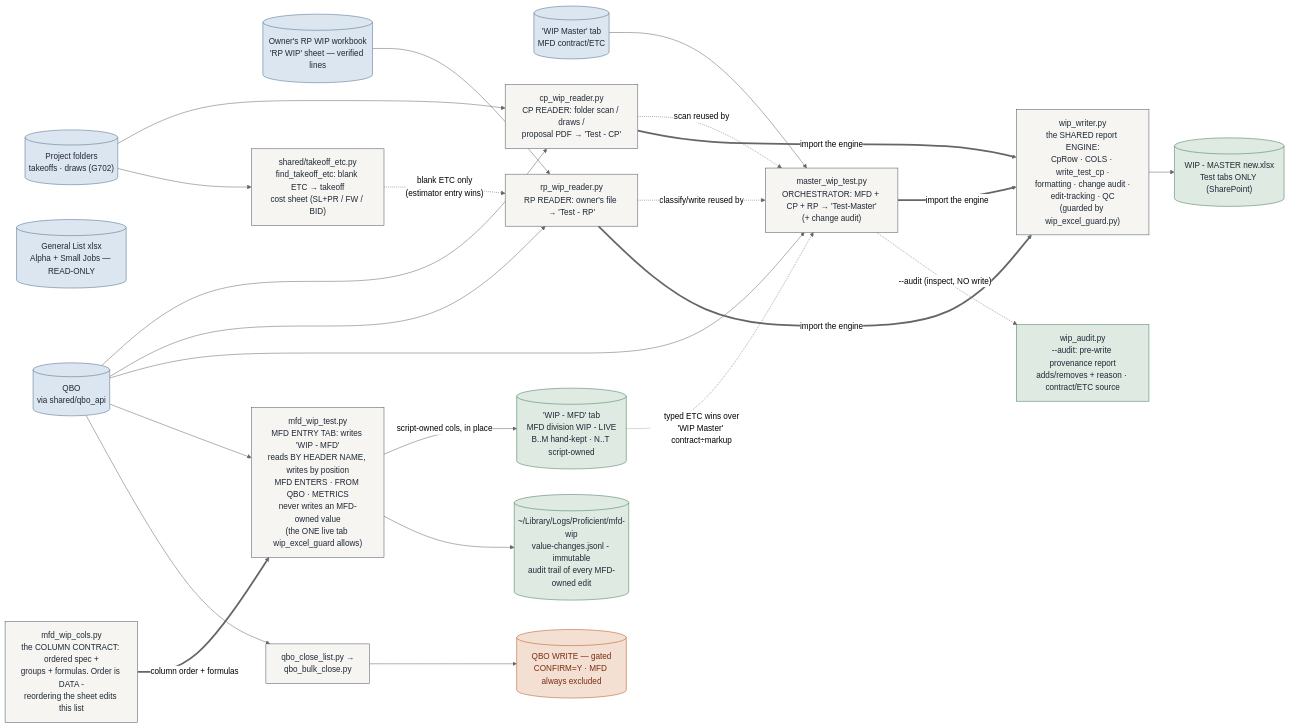
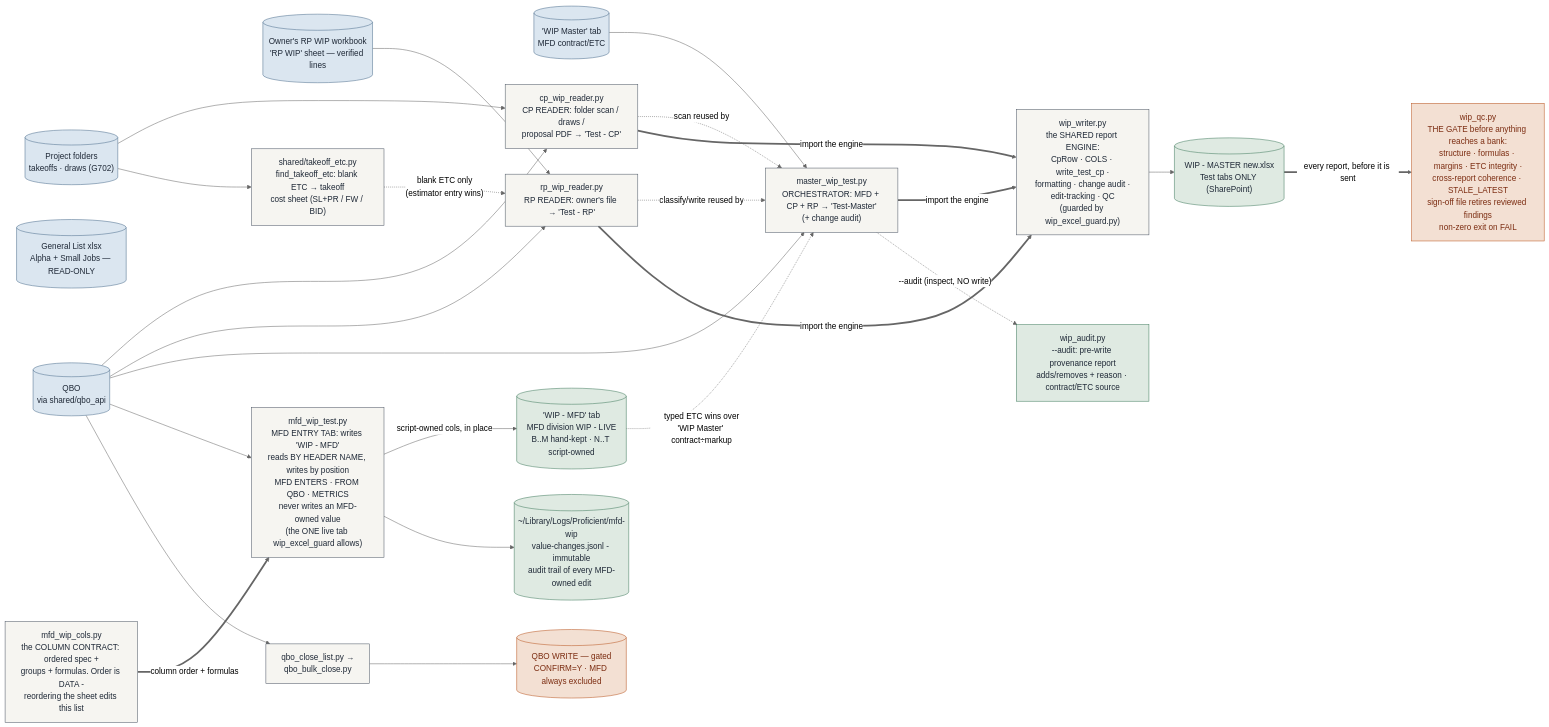
One commit to Ecarlo-Proficient/Claude-Report changed the third of 6 diagrams in docs/ARCHITECTURE.md. Above: the diagram before and after it, drawn with Mermaid (neutral theme). The commit also changed 2 other files, not shown here.

First paragraph of the commit message:
wip_qc.py: make the WIP QC checklist executable and gating
Owner: 'why didn't the session catch these? we need the wip system to
have our own rules so that i can trust it will catch all.'

````diff
--- a/docs/ARCHITECTURE.md
+++ b/docs/ARCHITECTURE.md
@@ -267,44 +267,46 @@
 ```mermaid
 flowchart LR
     classDef src fill:#dbe6f0,stroke:#4A6B8A,color:#1f2937
     classDef tool fill:#f6f5f1,stroke:#4b5563,color:#1f2937
     classDef out fill:#dfeae2,stroke:#3E7A5C,color:#1f2937
     classDef gate fill:#f3e0d3,stroke:#B9541E,color:#7c2d12
 
     FOLDERS[("Project folders\ntakeoffs · draws (G702)")]:::src
     GL[("General List xlsx\nAlpha + Small Jobs — READ-ONLY")]:::src
     QBO[("QBO\nvia shared/qbo_api")]:::src
     RPFIX[("Owner's RP WIP workbook\n'RP WIP' sheet — verified lines")]:::src
     WMTAB[("'WIP Master' tab\nMFD contract/ETC")]:::src
     MFDTAB[("'WIP - MFD' tab\nMFD division WIP - LIVE\nB..M hand-kept · N..T script-owned")]:::out
     TKETC["shared/takeoff_etc.py\nfind_takeoff_etc: blank ETC → takeoff\ncost sheet (SL+PR / FW / BID)"]:::tool
 
     ENGINE["wip_writer.py\nthe SHARED report ENGINE:\nCpRow · COLS · write_test_cp ·\nformatting · change audit ·\nedit-tracking · QC\n(guarded by wip_excel_guard.py)"]:::tool
     CPR["cp_wip_reader.py\nCP READER: folder scan / draws /\nproposal PDF → 'Test - CP'"]:::tool
     RPR["rp_wip_reader.py\nRP READER: owner's file → 'Test - RP'"]:::tool
     MASTER["master_wip_test.py\nORCHESTRATOR: MFD + CP + RP → 'Test-Master'\n(+ change audit)"]:::tool
     TEST[("WIP - MASTER new.xlsx\nTest tabs ONLY (SharePoint)")]:::out
     MFDCOLS["mfd_wip_cols.py\nthe COLUMN CONTRACT: ordered spec +\ngroups + formulas. Order is DATA -\nreordering the sheet edits this list"]:::tool
     MFDT["mfd_wip_test.py\nMFD ENTRY TAB: writes 'WIP - MFD'\nreads BY HEADER NAME, writes by position\nMFD ENTERS · FROM QBO · METRICS\nnever writes an MFD-owned value\n(the ONE live tab wip_excel_guard allows)"]:::tool
     MFDLOG[("~/Library/Logs/Proficient/mfd-wip\nvalue-changes.jsonl - immutable\naudit trail of every MFD-owned edit")]:::out
     CLOSE["qbo_close_list.py →\nqbo_bulk_close.py"]:::tool
     QW[("QBO WRITE — gated\nCONFIRM=Y · MFD always excluded")]:::gate
 
     FOLDERS --> CPR
     RPFIX --> RPR
     FOLDERS --> TKETC
     TKETC -.->|"blank ETC only\n(estimator entry wins)"| RPR
     QBO --> CPR & RPR & MASTER & MFDT
     WMTAB --> MASTER
     MFDCOLS ==>|"column order + formulas"| MFDT
     MFDT -->|"script-owned cols, in place"| MFDTAB
     MFDTAB -.->|"typed ETC wins over\n'WIP Master' contract÷markup"| MASTER
     MFDT --> MFDLOG
     CPR -.->|"scan reused by"| MASTER
     RPR -.->|"classify/write reused by"| MASTER
     CPR & RPR & MASTER ==>|"import the engine"| ENGINE
     ENGINE --> TEST
     AUDIT["wip_audit.py\n--audit: pre-write provenance report\nadds/removes + reason · contract/ETC source"]:::out
+    QC["wip_qc.py\nTHE GATE before anything reaches a bank:\nstructure · formulas · margins · ETC integrity ·\ncross-report coherence · STALE_LATEST\nsign-off file retires reviewed findings\nnon-zero exit on FAIL"]:::gate
     MASTER -.->|"--audit (inspect, NO write)"| AUDIT
+    TEST ==>|"every report, before it is sent"| QC
     QBO --> CLOSE --> QW
 ```
````
